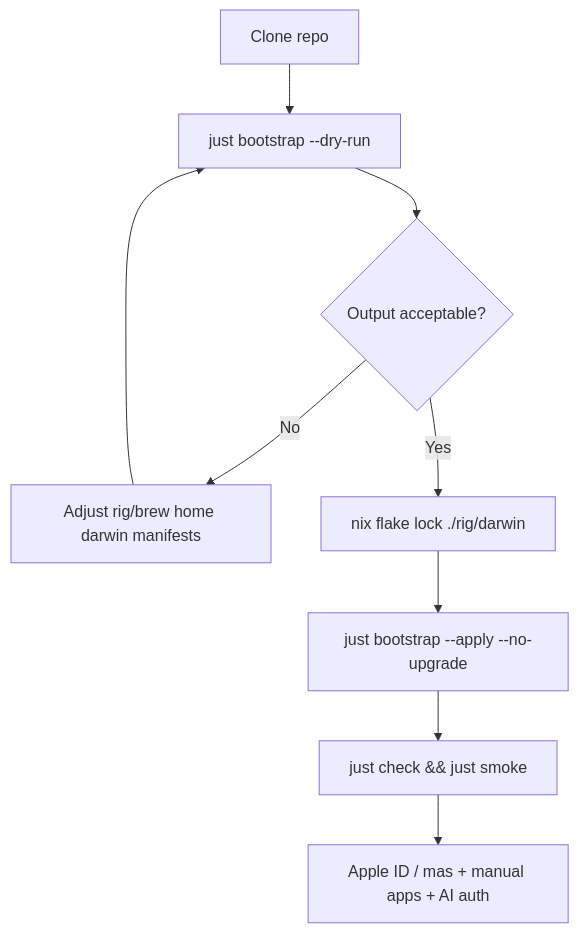
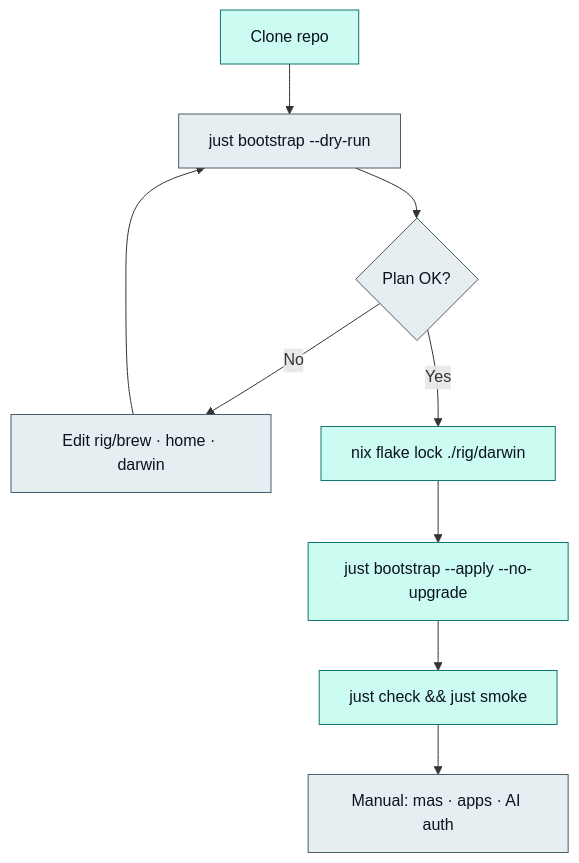
The diagram in docs/content/docs/fresh-mac.mdx (wyattowalsh/dotfiles), drawn with Mermaid before and after one commit. The commit also changed 15 other files, not shown here.

First line of the commit message:
feat(docs): Phosphor icons, Signal Graphite palette, themed Mermaid

````diff
--- a/docs/content/docs/fresh-mac.mdx
+++ b/docs/content/docs/fresh-mac.mdx
@@ -57,11 +57,16 @@
 ```mermaid
 flowchart TD
-  A[Clone repo] --> B[just bootstrap --dry-run]
-  B --> C{Output acceptable?}
-  C -->|No| D[Adjust rig/brew home darwin manifests]
+  A[Clone repo] --> B["just bootstrap --dry-run"]
+  B --> C{Plan OK?}
+  C -->|No| D[Edit rig/brew · home · darwin]
   D --> B
-  C -->|Yes| E[nix flake lock ./rig/darwin]
-  E --> F[just bootstrap --apply --no-upgrade]
-  F --> G[just check && just smoke]
-  G --> H[Apple ID / mas + manual apps + AI auth]
+  C -->|Yes| E["nix flake lock ./rig/darwin"]
+  E --> F["just bootstrap --apply --no-upgrade"]
+  F --> G["just check && just smoke"]
+  G --> H[Manual: mas · apps · AI auth]
+
+  classDef signal fill:#ccfbf1,stroke:#0f766e,color:#0b1220
+  classDef mute fill:#e6eef2,stroke:#4a5d6a,color:#0b1220
+  class A,E,F,G signal
+  class B,C,D,H mute
 ```
````
